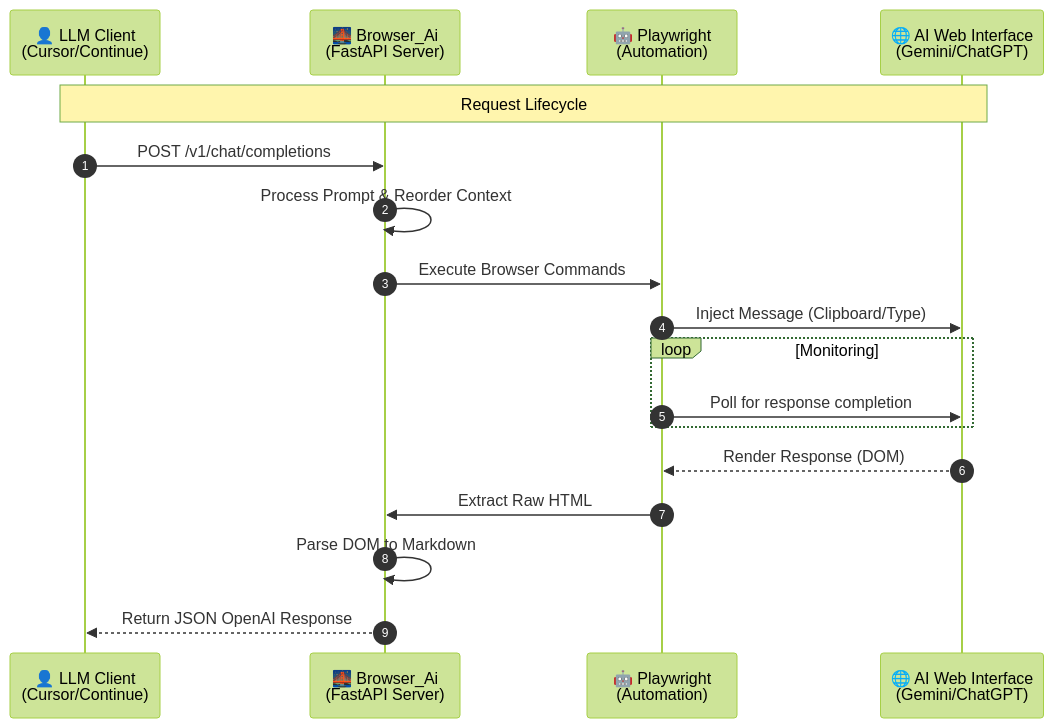
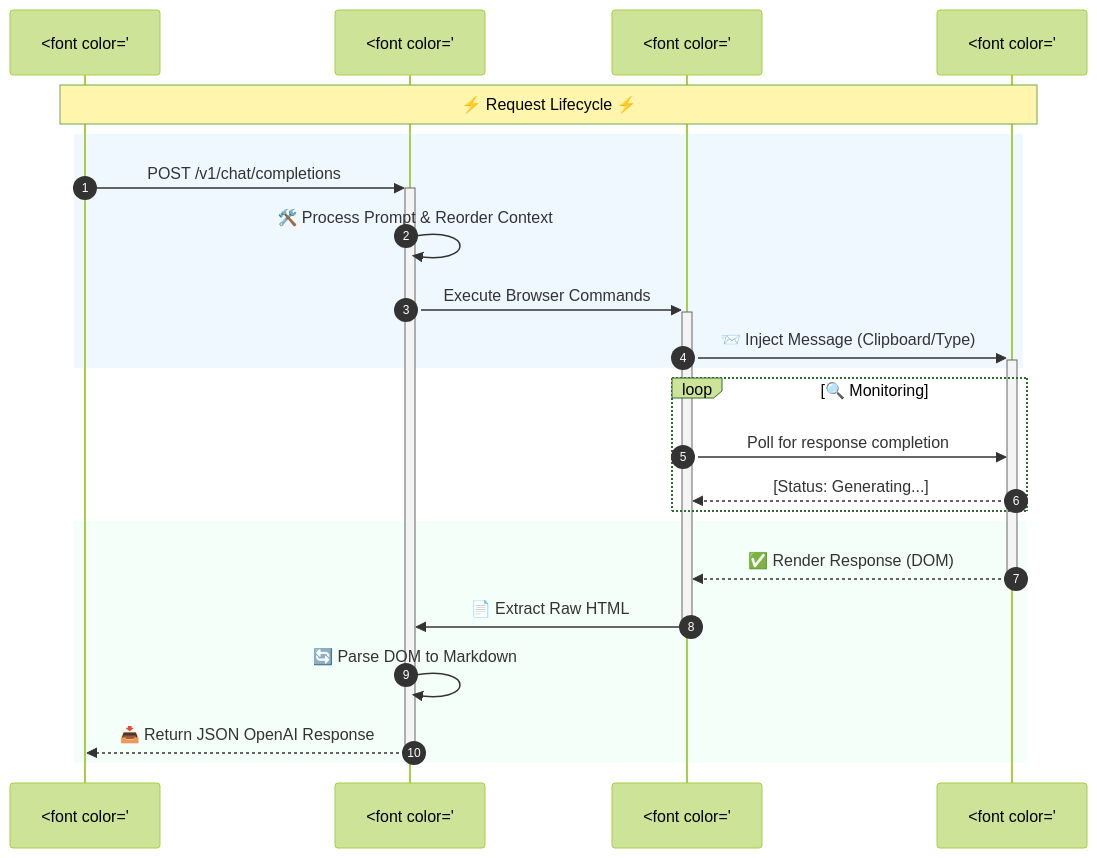
One commit to VOID1793/browser_ai changed the diagram in README.md. Above: the diagram before and after it, drawn with Mermaid (forest theme). The commit also changed 2 other files, not shown here.

Commit message:
Commit for Claude.

````diff
--- a/README.md
+++ b/README.md
@@ -45,24 +45,31 @@
 ```mermaid
 sequenceDiagram
     autonumber
-    participant Client as 👤 LLM Client<br/>(Cursor/Continue)
-    participant Bridge as 🌉 Browser_Ai<br/>(FastAPI Server)
-    participant Playwright as 🤖 Playwright<br/>(Automation)
-    participant WebUI as 🌐 AI Web Interface<br/>(Gemini/ChatGPT)
 
-    Note over Client, WebUI: Request Lifecycle
+    %% Define participants with colors and icons
+    participant Client as <font color="#3498db">👤 LLM Client</font><br/>(Cursor/Continue)
+    participant Bridge as <font color="#9b59b6">🌉 Browser_Ai</font><br/>(FastAPI Server)
+    participant Playwright as <font color="#e67e22">🤖 Playwright</font><br/>(Automation)
+    participant WebUI as <font color="#2ecc71">🌐 AI Web Interface</font><br/>(Gemini/ChatGPT)
 
-    Client->>Bridge: POST /v1/chat/completions
-    Bridge->>Bridge: Process Prompt & Reorder Context
-    Bridge->>Playwright: Execute Browser Commands
-    Playwright->>WebUI: Inject Message (Clipboard/Type)
+    Note over Client, WebUI: ⚡ Request Lifecycle ⚡
 
-    loop Monitoring
-        Playwright->>WebUI: Poll for response completion
+    rect rgb(240, 248, 255)
+        Client->>+Bridge: POST /v1/chat/completions
+        Bridge->>Bridge: 🛠️ Process Prompt & Reorder Context
+        Bridge->>+Playwright: Execute Browser Commands
+        Playwright->>+WebUI: 📨 Inject Message (Clipboard/Type)
     end
 
-    WebUI-->>Playwright: Render Response (DOM)
-    Playwright->>Bridge: Extract Raw HTML
-    Bridge->>Bridge: Parse DOM to Markdown
-    Bridge-->>Client: Return JSON OpenAI Response
+    loop 🔍 Monitoring
+        Playwright->>WebUI: Poll for response completion
+        WebUI-->>Playwright: [Status: Generating...]
+    end
+
+    rect rgb(245, 255, 250)
+        WebUI-->>-Playwright: ✅ Render Response (DOM)
+        Playwright->>-Bridge: 📄 Extract Raw HTML
+        Bridge->>Bridge: 🔄 Parse DOM to Markdown
+        Bridge-->>-Client: 📥 Return JSON OpenAI Response
+    end
 ```
````
